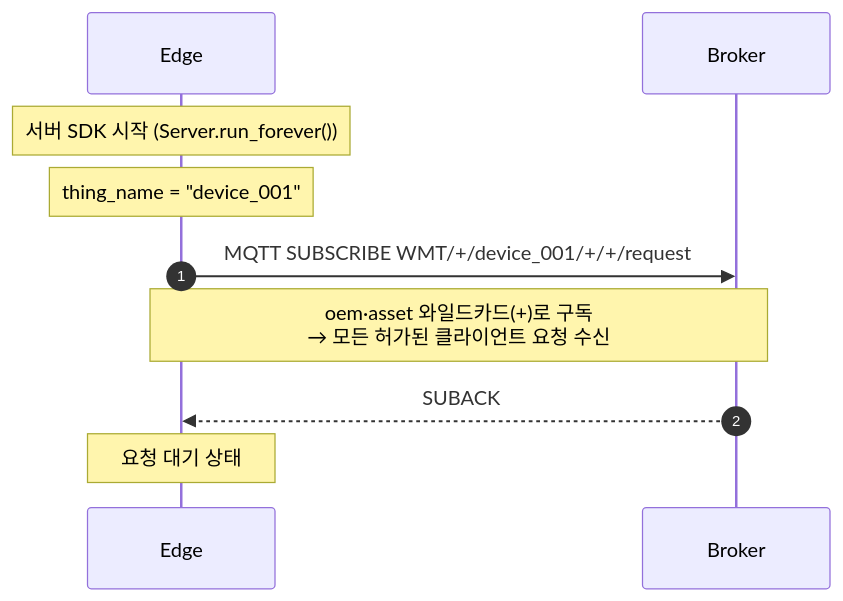
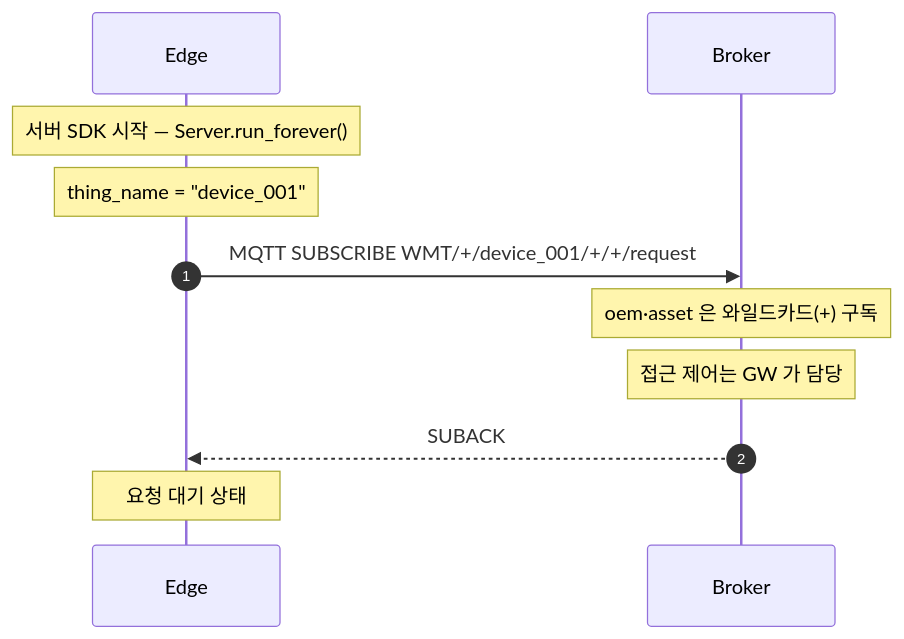
The first of 12 diagrams in docs/RPC_SEQUENCE_DIAGRAMS.md (DongEunKim/MQTT-WSS-API), drawn with Mermaid before and after one commit. The commit also changed other lines of this file, not shown here.

First line of the commit message:
docs: 시퀀스 다이어그램 시인성 개선 및 모든 패턴에 Edge 사전 구독 전제 추가

````diff
--- a/docs/RPC_SEQUENCE_DIAGRAMS.md
+++ b/docs/RPC_SEQUENCE_DIAGRAMS.md
@@ -38,15 +36,16 @@
 ```mermaid
 sequenceDiagram
     autonumber
     participant Edge
     participant Broker
 
-    Note over Edge: 서버 SDK 시작 (Server.run_forever())
+    Note over Edge: 서버 SDK 시작 — Server.run_forever()
     Note over Edge: thing_name = "device_001"
 
     Edge->>Broker: MQTT SUBSCRIBE WMT/+/device_001/+/+/request
-    Note over Edge,Broker: oem·asset 와일드카드(+)로 구독<br/>→ 모든 허가된 클라이언트 요청 수신
+    Note over Broker: oem·asset 은 와일드카드(+) 구독
+    Note over Broker: 접근 제어는 GW 가 담당
     Broker-->>Edge: SUBACK
 
     Note over Edge: 요청 대기 상태
 ```
````
